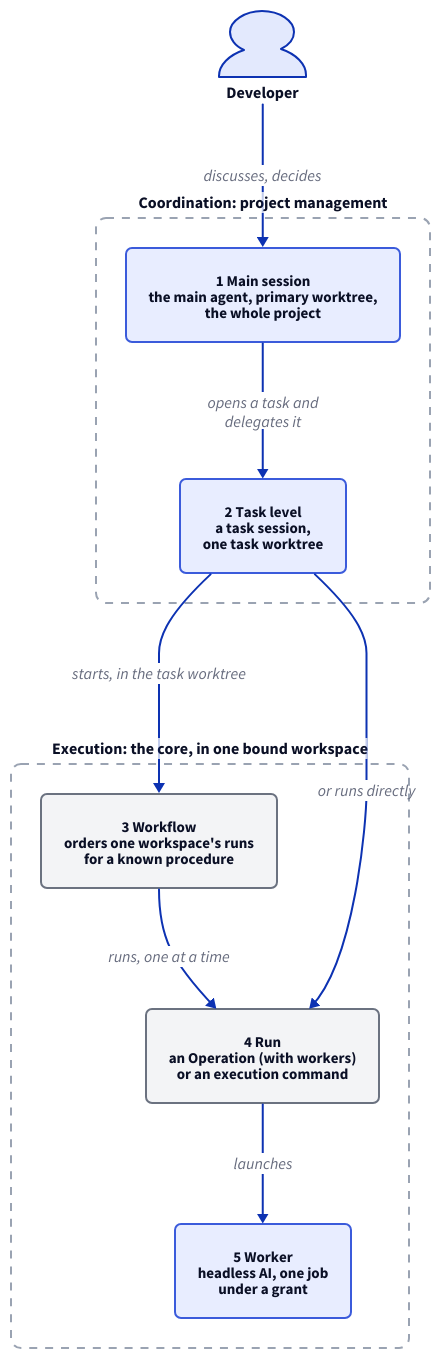
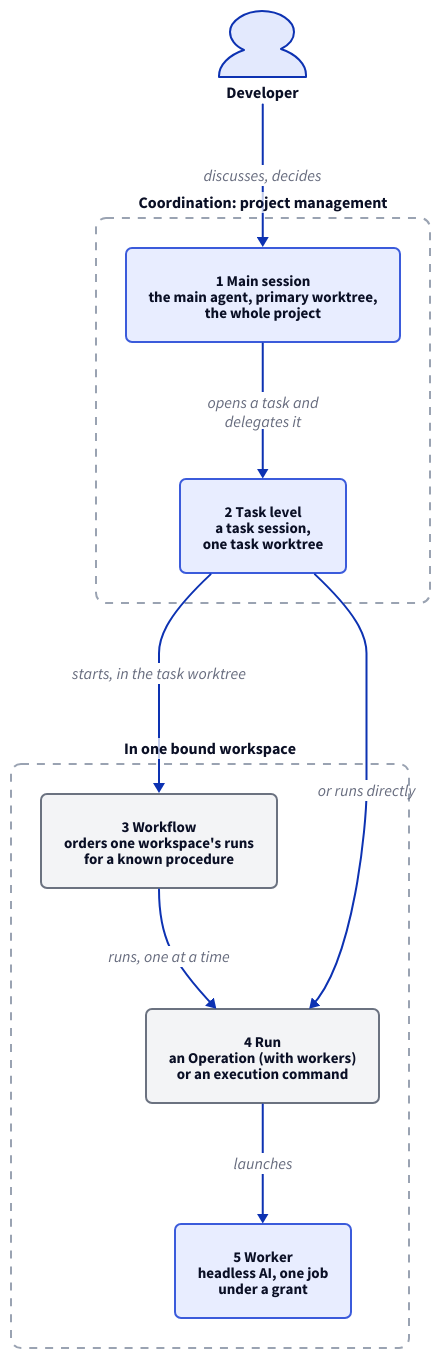
Before and after one commit to FTOD/concorde: the first of 5 diagrams in specs/concorde/module.md, drawn with D2. The commit also changed other lines of this file and 29 other files, not shown here.

````diff
--- a/specs/concorde/module.md
+++ b/specs/concorde/module.md
@@ -174,25 +224,25 @@
 ```d2 illustrative
 classes: {
   agent: {style: {fill: "#e8edff"; stroke: "#3b5bdb"; stroke-width: 2; border-radius: 6; font-size: 15}}
   program: {style: {fill: "#f3f4f6"; stroke: "#6b7280"; stroke-width: 2; border-radius: 6; font-size: 15}}
   layer: {style: {fill: transparent; stroke: "#9aa3b2"; stroke-dash: 4; border-radius: 10; font-size: 16; bold: true}}
 }
 developer: Developer {shape: person}
 coordination: "Coordination: project management" {
   class: layer
   main: "1  Main session\nthe main agent, primary worktree,\nthe whole project" {class: agent}
   task: "2  Task level\na task session,\none task worktree" {class: agent}
   main -> task: "opens a task and\ndelegates it"
 }
-execution: "Execution: the core, in one bound workspace" {
+workspace: "In one bound workspace" {
   class: layer
   workflow: "3  Workflow\norders one workspace's runs\nfor a known procedure" {class: program}
   run: "4  Run\nan Operation (with workers)\nor an execution command" {class: program}
   worker: "5  Worker\nheadless AI, one job\nunder a grant" {class: agent}
   workflow -> run: "runs, one at a time"
   run -> worker: launches
 }
 developer -> coordination.main: "discusses, decides"
-coordination.task -> execution.workflow: "starts, in the task worktree"
-coordination.task -> execution.run: "or runs directly"
+coordination.task -> workspace.workflow: "starts, in the task worktree"
+coordination.task -> workspace.run: "or runs directly"
 ```
````
